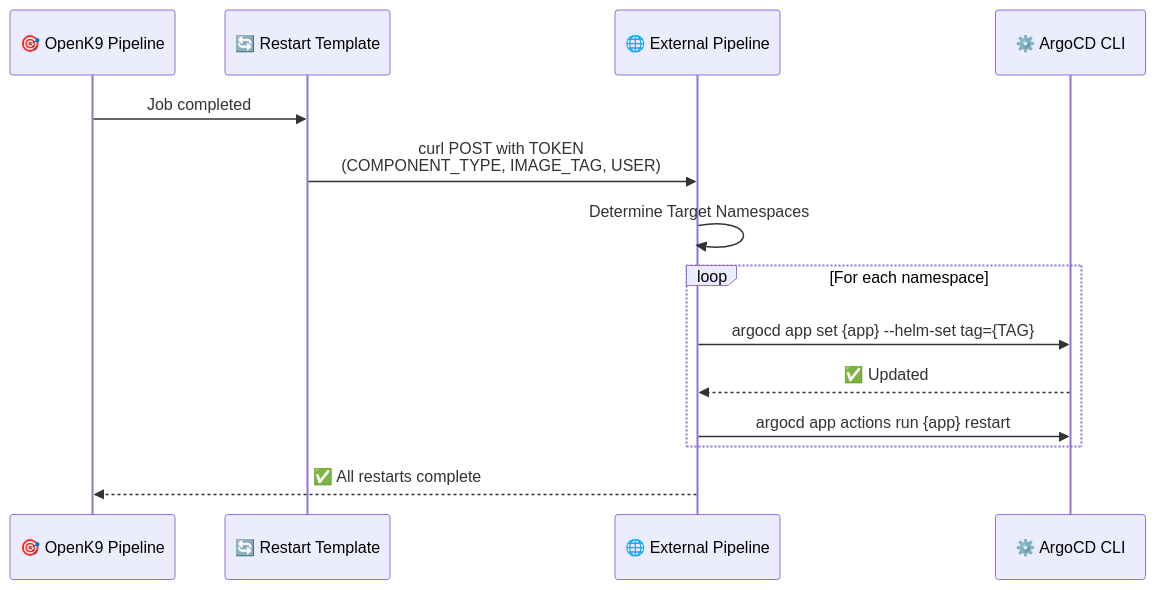
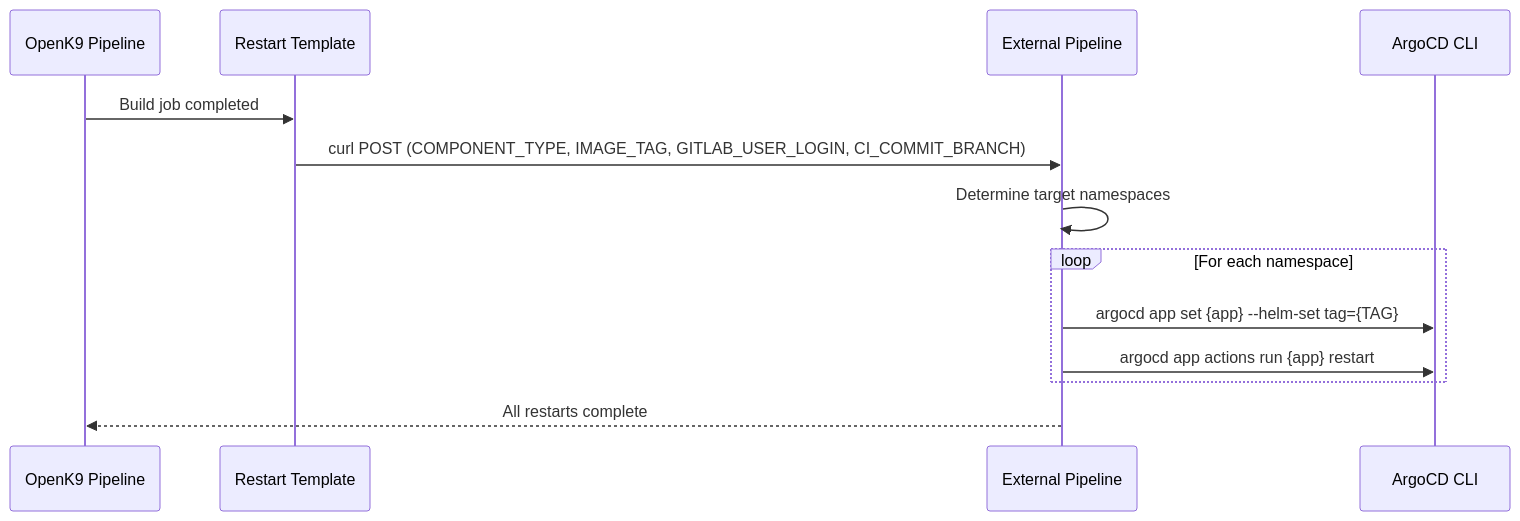
One commit to smclab/openk9 changed the fourth of 4 diagrams in .gitlab/README.md. Above: the diagram before and after it, drawn with Mermaid. The commit also changed other lines of this file and 27 other files, not shown here.

Commit message:
Issue #1963 audit and harden GitLab pipelines — fix tag builds, no-push for generic users, kaniko cache, AI build verifiers, connector versioning

````diff
--- a/.gitlab/README.md
+++ b/.gitlab/README.md
@@ -367,20 +475,16 @@
 ```mermaid
 sequenceDiagram
-    participant Pipeline as 🎯 OpenK9 Pipeline
-    participant Template as 🔄 Restart Template
-    participant External as 🌐 External Pipeline
-    participant ArgoCD as ⚙️ ArgoCD CLI
-    
-    Pipeline->>Template: Job completed
-    Template->>External: curl POST with TOKEN<br/>(COMPONENT_TYPE, IMAGE_TAG, USER)
-    
-    External->>External: Determine Target Namespaces
-    
+    participant Pipeline as OpenK9 Pipeline
+    participant Template as Restart Template
+    participant External as External Pipeline
+    participant ArgoCD as ArgoCD CLI
+
+    Pipeline->>Template: Build job completed
+    Template->>External: curl POST (COMPONENT_TYPE, IMAGE_TAG, GITLAB_USER_LOGIN, CI_COMMIT_BRANCH)
+    External->>External: Determine target namespaces
     loop For each namespace
         External->>ArgoCD: argocd app set {app} --helm-set tag={TAG}
-        ArgoCD-->>External: ✅ Updated
         External->>ArgoCD: argocd app actions run {app} restart
     end
-    
-    External-->>Pipeline: ✅ All restarts complete
+    External-->>Pipeline: All restarts complete
 ```
````
